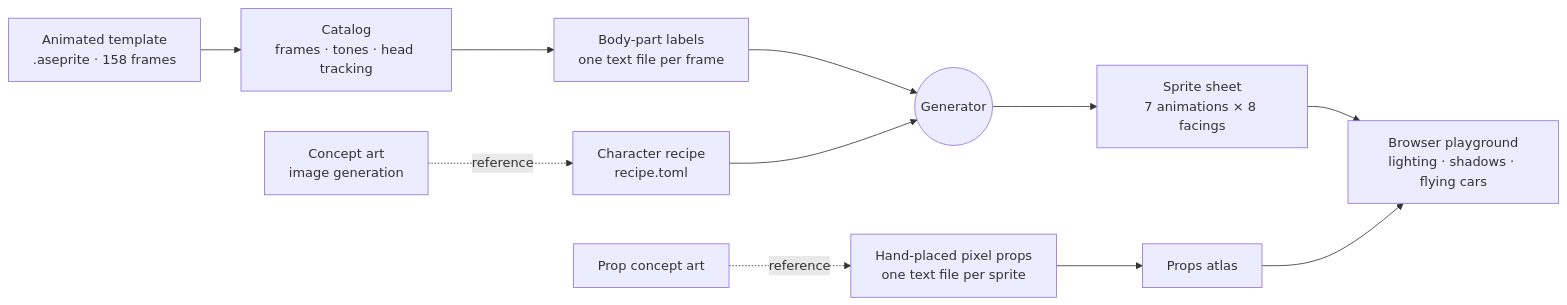
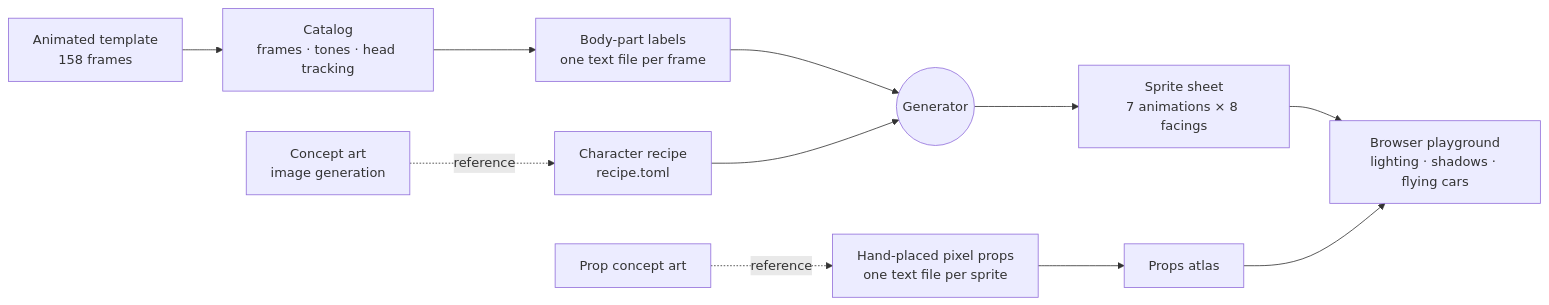
One commit to schlessera/character-generation changed the first of 4 diagrams in README.md. Above: the diagram before and after it, drawn with Mermaid. The commit also changed other lines of this file and 1 other file, not shown here.

````diff
--- a/README.md
+++ b/README.md
@@ -41,13 +45,13 @@
 ```mermaid
 flowchart LR
-    T["Animated template<br/>.aseprite · 158 frames"] --> C["Catalog<br/>frames · tones · head tracking"]
+    T["Animated template<br/>158 frames"] --> C["Catalog<br/>frames · tones · head tracking"]
     C --> L["Body-part labels<br/>one text file per frame"]
     CA["Concept art<br/>image generation"] -. reference .-> R["Character recipe<br/>recipe.toml"]
     L --> G(("Generator"))
     R --> G
     G --> S["Sprite sheet<br/>7 animations × 8 facings"]
     PA["Prop concept art"] -. reference .-> P["Hand-placed pixel props<br/>one text file per sprite"]
     P --> A["Props atlas"]
     S --> E["Browser playground<br/>lighting · shadows · flying cars"]
     A --> E
 ```
````
